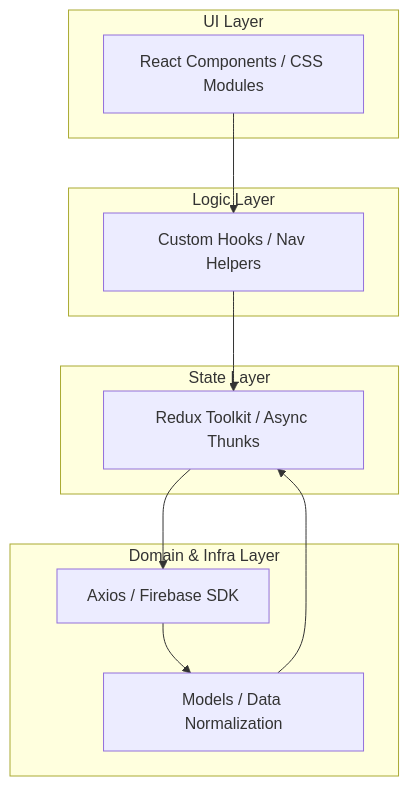
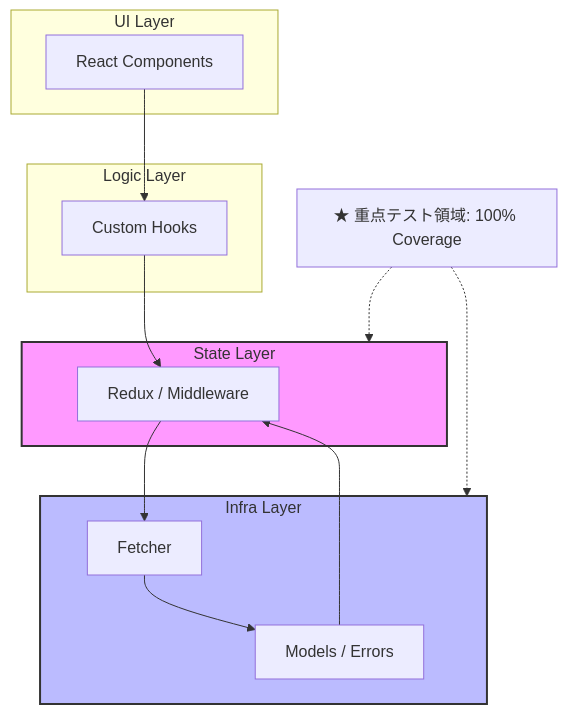
Before and after one commit to MasatakeI/quiz_app_fullstack: the diagram in README.md, drawn with Mermaid. The commit also changed other lines of this file and 2 other files, not shown here.

Commit message:
fix: correct case sensitivity in QuizHistoryError.js import

````diff
--- a/README.md
+++ b/README.md
@@ -19,25 +21,33 @@
 ```mermaid
 graph TD
     subgraph UI_Layer [UI Layer]
-        Components[React Components / CSS Modules]
+        Components[React Components]
     end
 
     subgraph Logic_Layer [Logic Layer]
-        Hooks[Custom Hooks / Nav Helpers]
+        Hooks[Custom Hooks]
     end
 
     subgraph State_Layer [State Layer]
-        Redux[Redux Toolkit / Async Thunks]
+        Redux[Redux / Middleware]
     end
 
-    subgraph Infra_Layer [Domain & Infra Layer]
-        Models[Models / Data Normalization]
-        Fetcher[Axios / Firebase SDK]
+    subgraph Infra_Layer [Infra Layer]
+        Models[Models / Errors]
+        Fetcher[Fetcher]
     end
 
     Components --> Hooks
     Hooks --> Redux
     Redux --> Fetcher
     Fetcher --> Models
     Models --> Redux
+    %% テスト範囲の強調
+    style State_Layer fill:#f9f,stroke:#333,stroke-width:2px
+    style Infra_Layer fill:#bbf,stroke:#333,stroke-width:2px
+    linkStyle 0,1,2,3,4 stroke:#333,stroke-width:1px;
+
+    Note[★ 重点テスト領域: 100% Coverage] -.-> State_Layer
+    Note -.-> Infra_Layer
+
 ```
````
